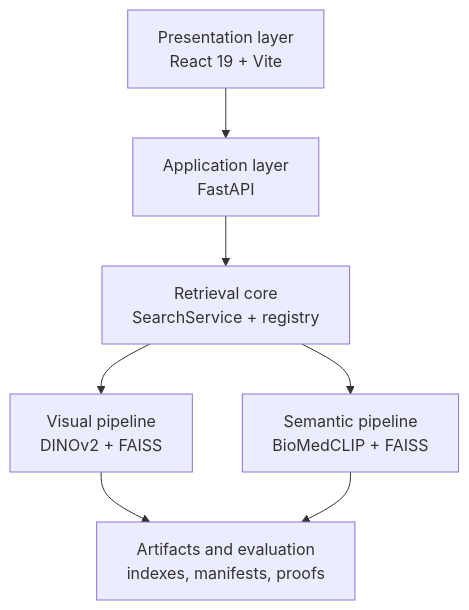
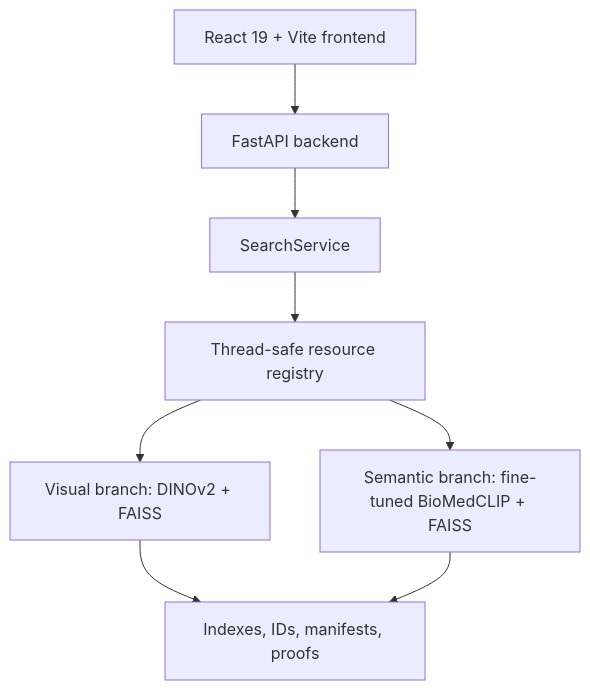
The diagram in README.md (MediscanAI-cbir/mediscan-cbir), drawn with Mermaid before and after one commit. The commit also changed other lines of this file and 9 other files, not shown here.

````diff
--- a/README.md
+++ b/README.md
@@ -169,9 +155,10 @@
 ```mermaid
 flowchart TB
-    UI["Presentation layer<br/>React 19 + Vite"] --> API["Application layer<br/>FastAPI"]
-    API --> CORE["Retrieval core<br/>SearchService + registry"]
-    CORE --> VISUAL["Visual pipeline<br/>DINOv2 + FAISS"]
-    CORE --> SEMANTIC["Semantic pipeline<br/>BioMedCLIP + FAISS"]
-    VISUAL --> ART["Artifacts and evaluation<br/>indexes, manifests, proofs"]
-    SEMANTIC --> ART
+    UI["React 19 + Vite frontend"] --> API["FastAPI backend"]
+    API --> SERVICE["SearchService"]
+    SERVICE --> REGISTRY["Thread-safe resource registry"]
+    REGISTRY --> VISUAL["Visual branch: DINOv2 + FAISS"]
+    REGISTRY --> SEMANTIC["Semantic branch: fine-tuned BioMedCLIP + FAISS"]
+    VISUAL --> ARTIFACTS["Indexes, IDs, manifests, proofs"]
+    SEMANTIC --> ARTIFACTS
 ```
````
